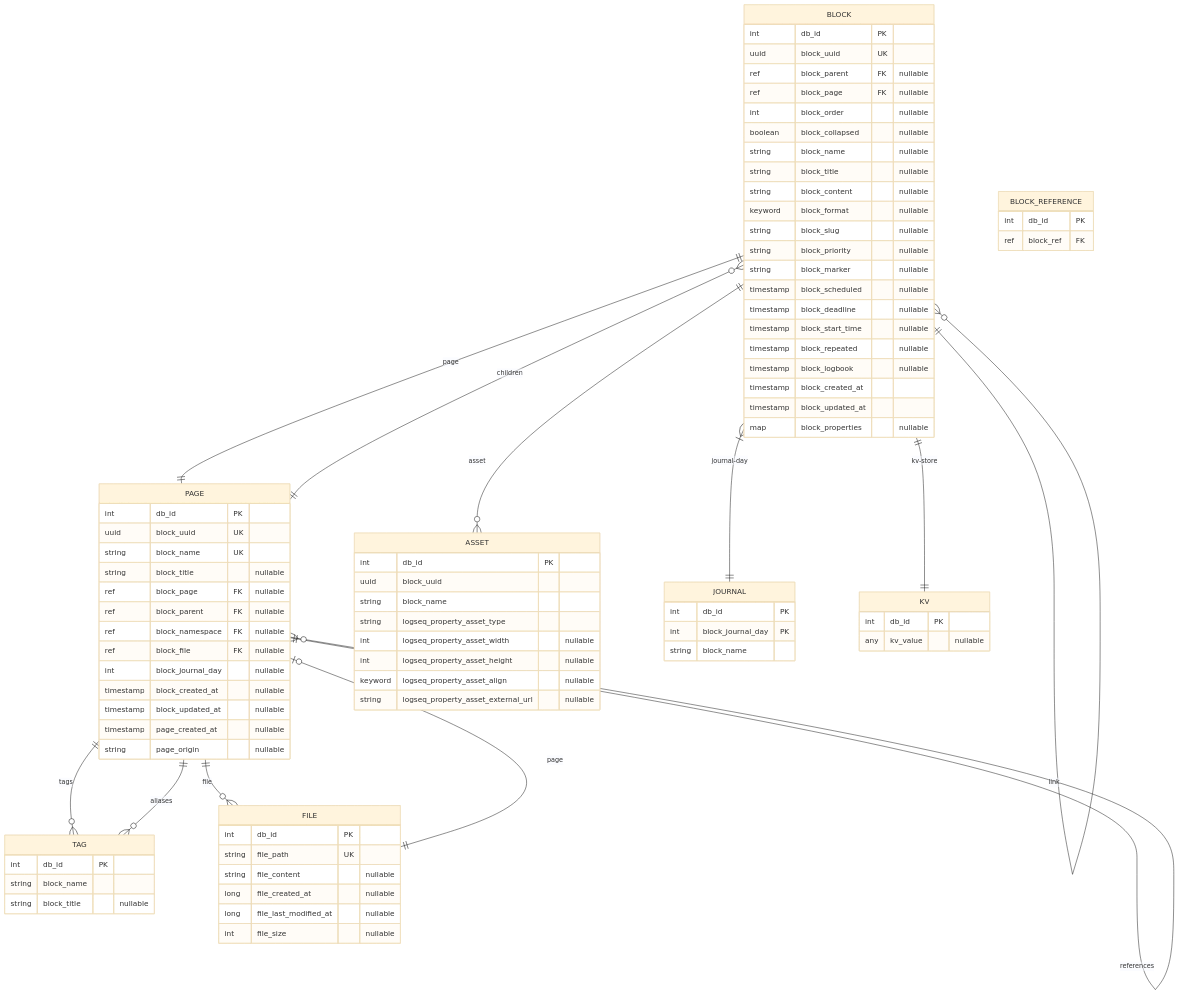
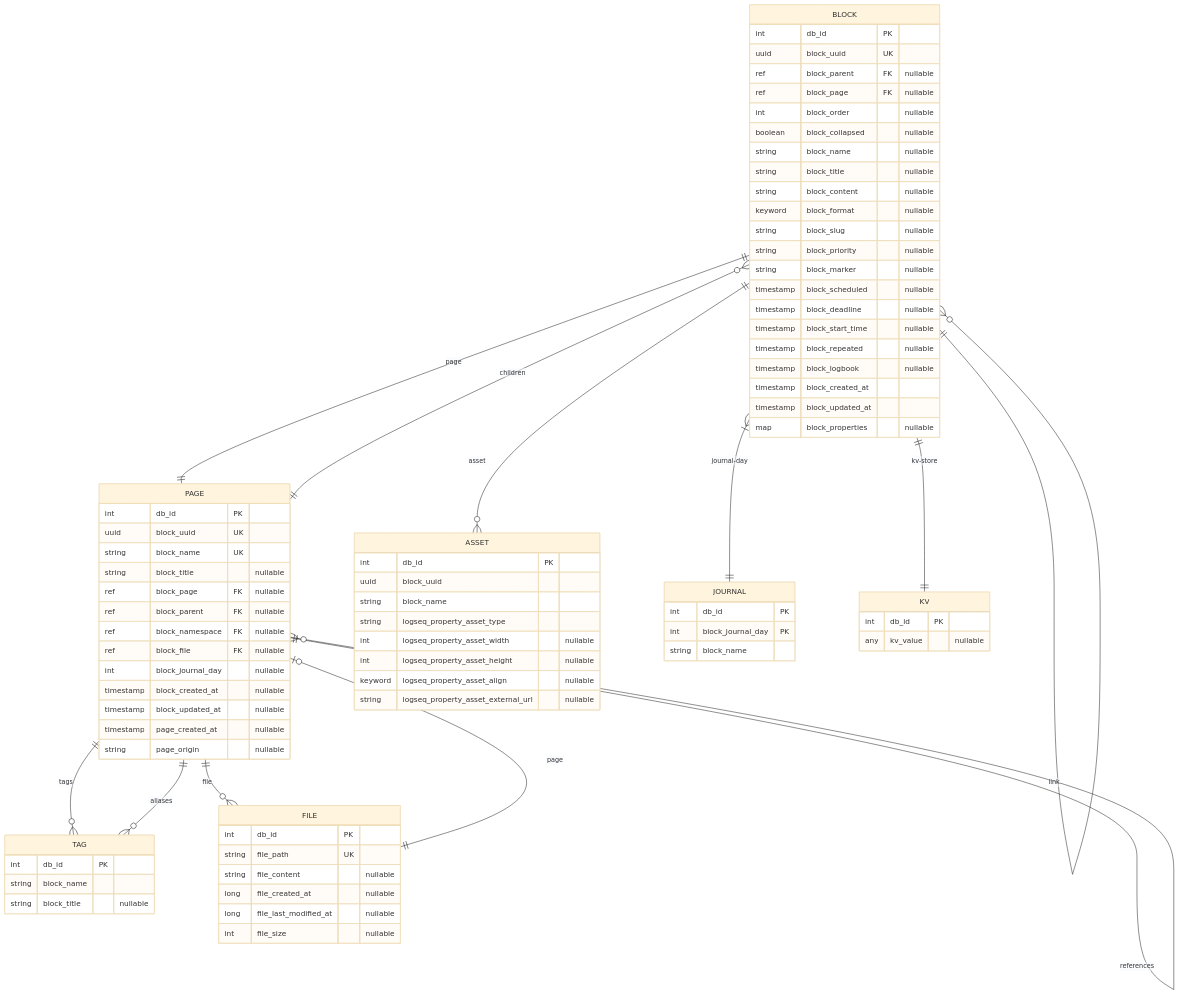
Before and after one commit to Rubentxu/quilt: the diagram in docs/reversa/erd.md, drawn with Mermaid (base theme). The commit also changed other lines of this file and 7 other files, not shown here.

First line of the commit message:
docs: fix P0 issues - schema unification, sync strategy, task markers

````diff
--- a/docs/reversa/erd.md
+++ b/docs/reversa/erd.md
@@ -112,9 +121,4 @@
         int db_id PK
         any kv_value "nullable"
     }
-
-    BLOCK_REFERENCE {
-        int db_id PK
-        ref block_ref FK
-    }
 ```
````
